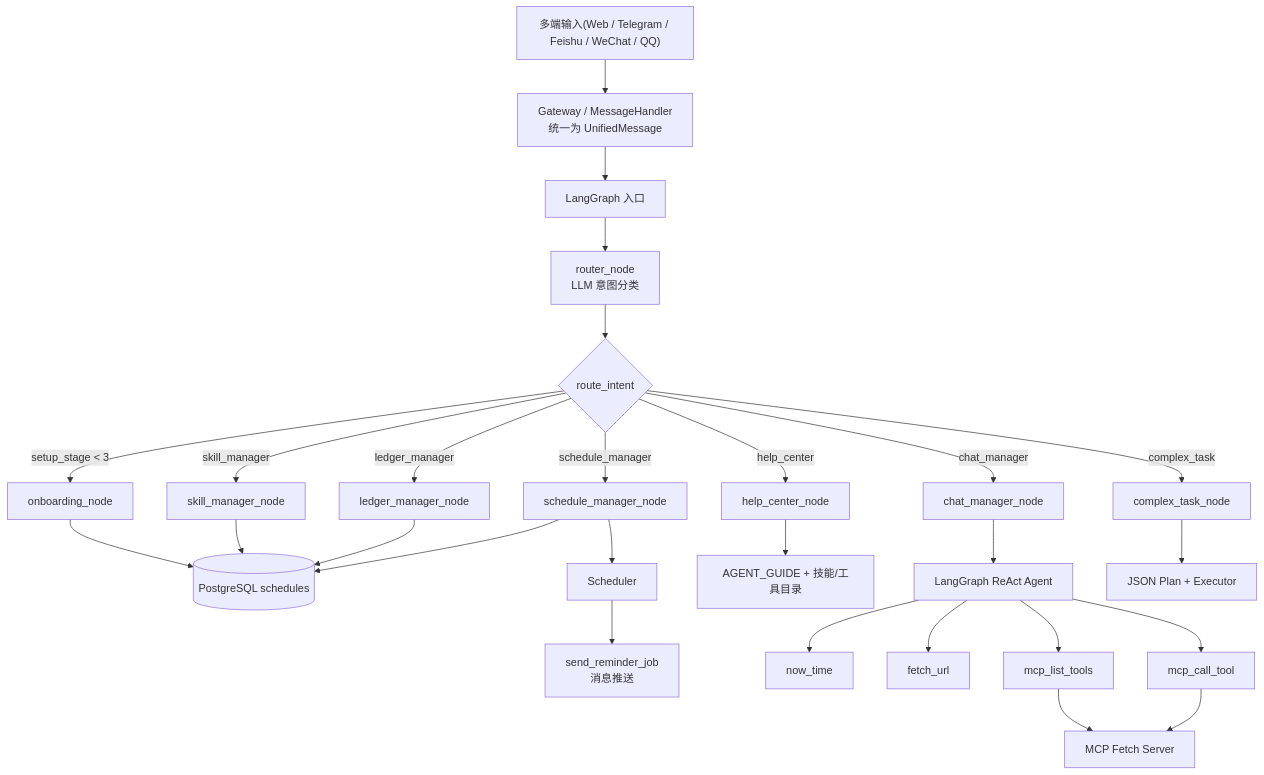
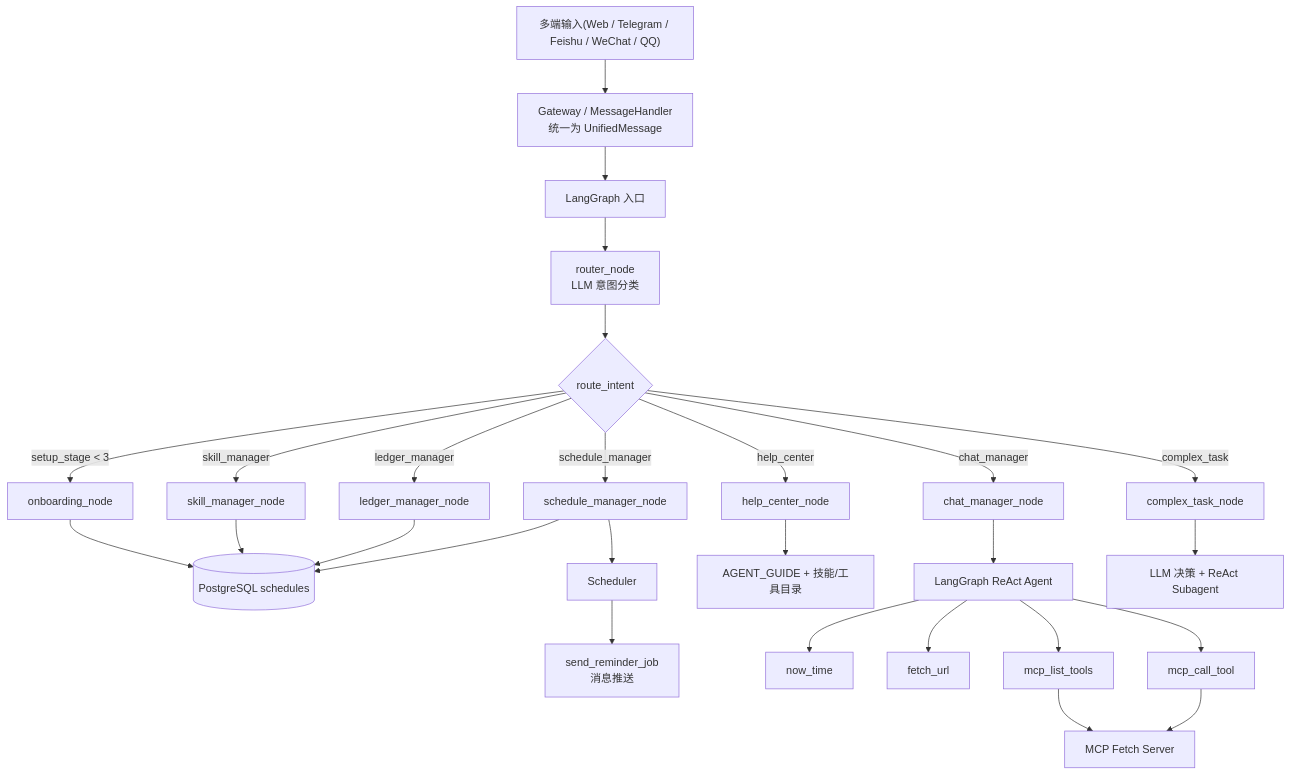
Before and after one commit to Lsogod/personal-ai-pai: the diagram in README.md, drawn with Mermaid. The commit also changed other lines of this file and 11 other files, not shown here.

````diff
--- a/README.md
+++ b/README.md
@@ -57,32 +57,32 @@
 ```mermaid
 flowchart TB
     A["多端输入(Web / Telegram / Feishu / WeChat / QQ)"] --> B["Gateway / MessageHandler\n统一为 UnifiedMessage"]
     B --> C["LangGraph 入口"]
     C --> D["router_node\nLLM 意图分类"]
     D --> E{"route_intent"}
 
     E -->|setup_stage < 3| N1["onboarding_node"]
     E -->|skill_manager| N2["skill_manager_node"]
     E -->|ledger_manager| N3["ledger_manager_node"]
     E -->|schedule_manager| N4["schedule_manager_node"]
     E -->|help_center| N5["help_center_node"]
     E -->|chat_manager| N6["chat_manager_node"]
     E -->|complex_task| N7["complex_task_node"]
 
     N1 --> DB[(PostgreSQL users)]
     N2 --> DB
     N3 --> DB[(PostgreSQL ledgers / messages)]
     N4 --> DB[(PostgreSQL schedules)]
     N4 --> SCH["Scheduler"]
     SCH --> PUSH["send_reminder_job\n消息推送"]
     N5 --> DOC["AGENT_GUIDE + 技能/工具目录"]
     N6 --> AG["LangGraph ReAct Agent"]
-    N7 --> ORCH["JSON Plan + Executor"]
+    N7 --> ORCH["LLM 决策 + ReAct Subagent"]
 
     AG --> T1["now_time"]
     AG --> T2["fetch_url"]
     AG --> T3["mcp_list_tools"]
     AG --> T4["mcp_call_tool"]
     T3 --> MCP["MCP Fetch Server"]
     T4 --> MCP
 ```
````
